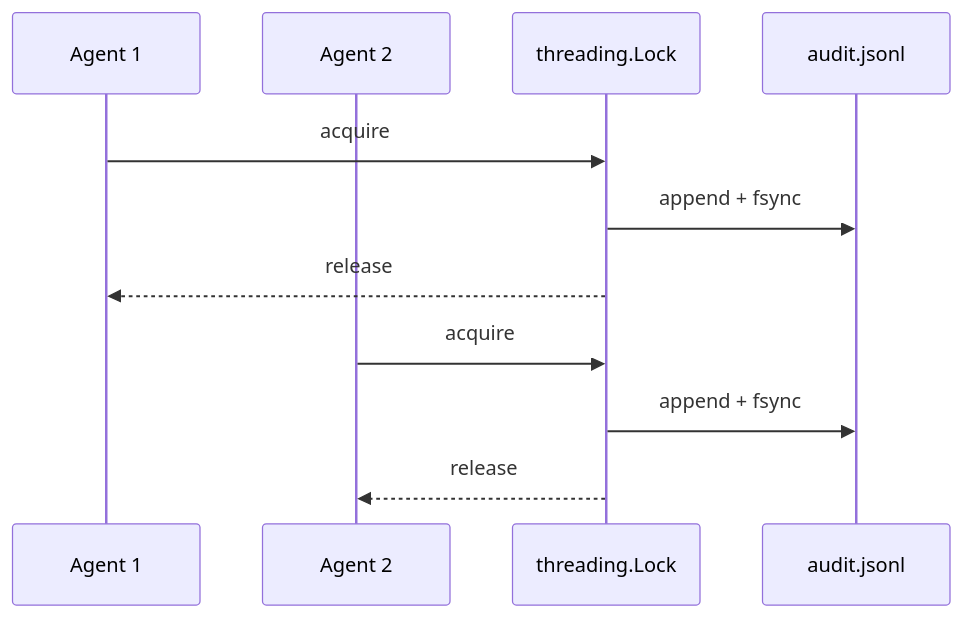
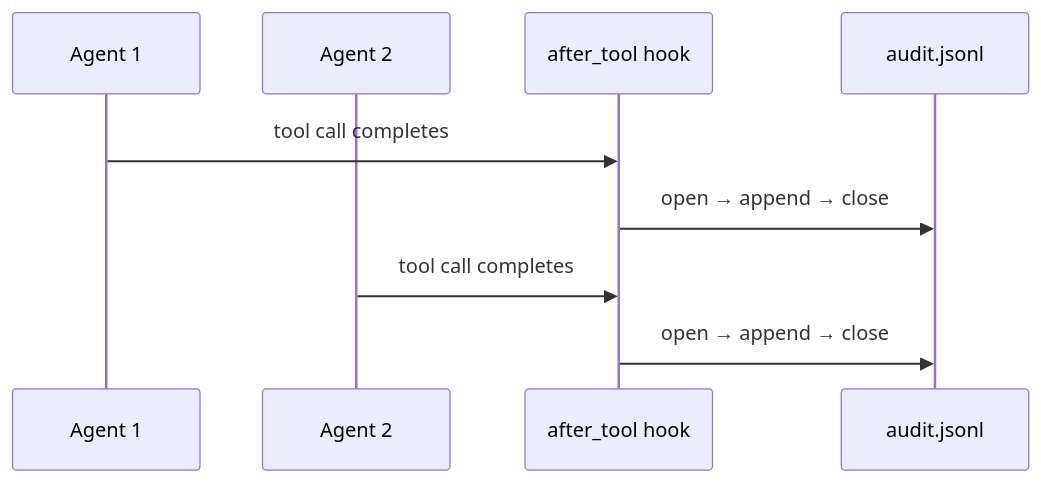
Before and after one commit to MervinPraison/PraisonAIDocs: the diagram in docs/features/audit-logging.mdx, drawn with Mermaid. The commit also changed other lines of this file and 3 other files, not shown here.

````diff
--- a/docs/features/audit-logging.mdx
+++ b/docs/features/audit-logging.mdx
@@ -10,14 +10,12 @@
 ```mermaid
 sequenceDiagram
     participant A1 as Agent 1
     participant A2 as Agent 2
-    participant Lock as threading.Lock
+    participant Hook as after_tool hook
     participant Log as audit.jsonl
 
-    A1->>Lock: acquire
-    Lock->>Log: append + fsync
-    Lock-->>A1: release
-    A2->>Lock: acquire
-    Lock->>Log: append + fsync
-    Lock-->>A2: release
+    A1->>Hook: tool call completes
+    Hook->>Log: open → append → close
+    A2->>Hook: tool call completes
+    Hook->>Log: open → append → close
 ```
````
